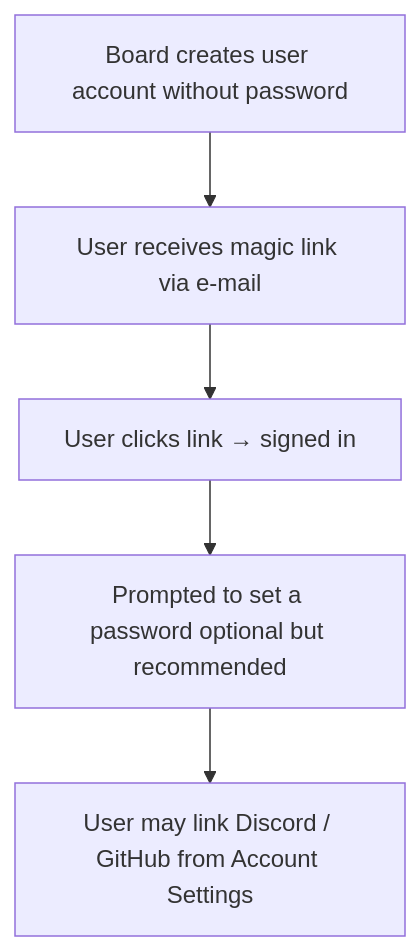
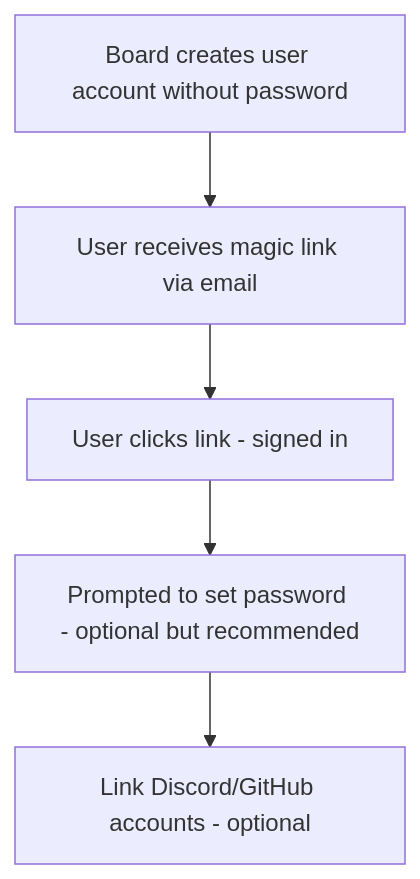
One commit to TeamClockworks-RO108/Wiki changed the first of 2 diagrams in Infrastructure/alacrity-wiki.md. Above: the diagram before and after it, drawn with Mermaid. The commit also changed other lines of this file, not shown here.

Commit message:
docs: update Infrastructure/alacrity-wiki

````diff
--- a/Infrastructure/alacrity-wiki.md
+++ b/Infrastructure/alacrity-wiki.md
@@ -113,7 +113,7 @@
 ```mermaid
 flowchart TD
-    A[Board creates user account without password] --> B[User receives magic link via e-mail]
-    B --> C[User clicks link → signed in]
-    C --> D[Prompted to set a password optional but recommended]
-    D --> E[User may link Discord / GitHub from Account Settings]
+    A[Board creates user account without password] --> B[User receives magic link via email]
+    B --> C[User clicks link - signed in]
+    C --> D[Prompted to set password - optional but recommended]
+    D --> E[Link Discord/GitHub accounts - optional]
 ```
````
